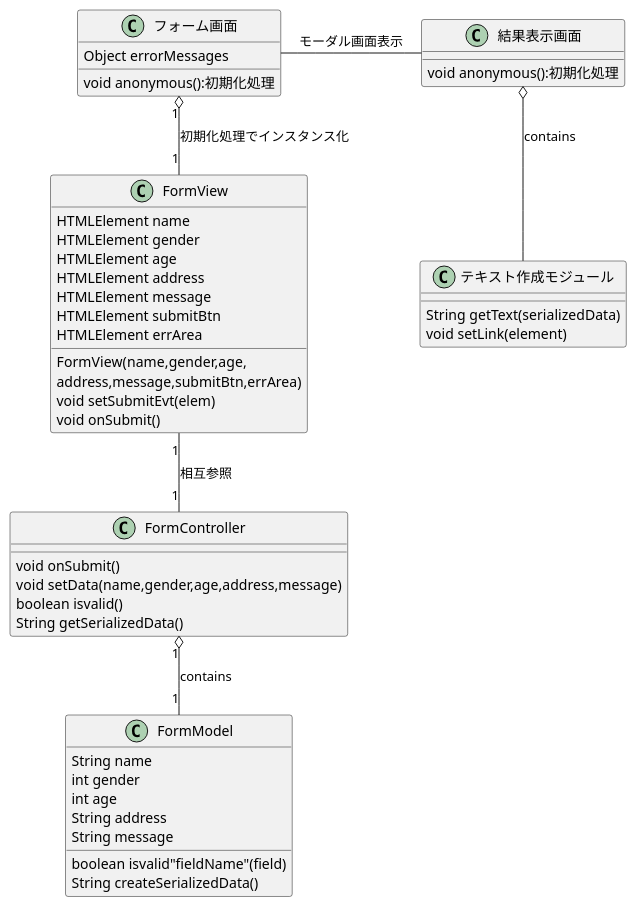
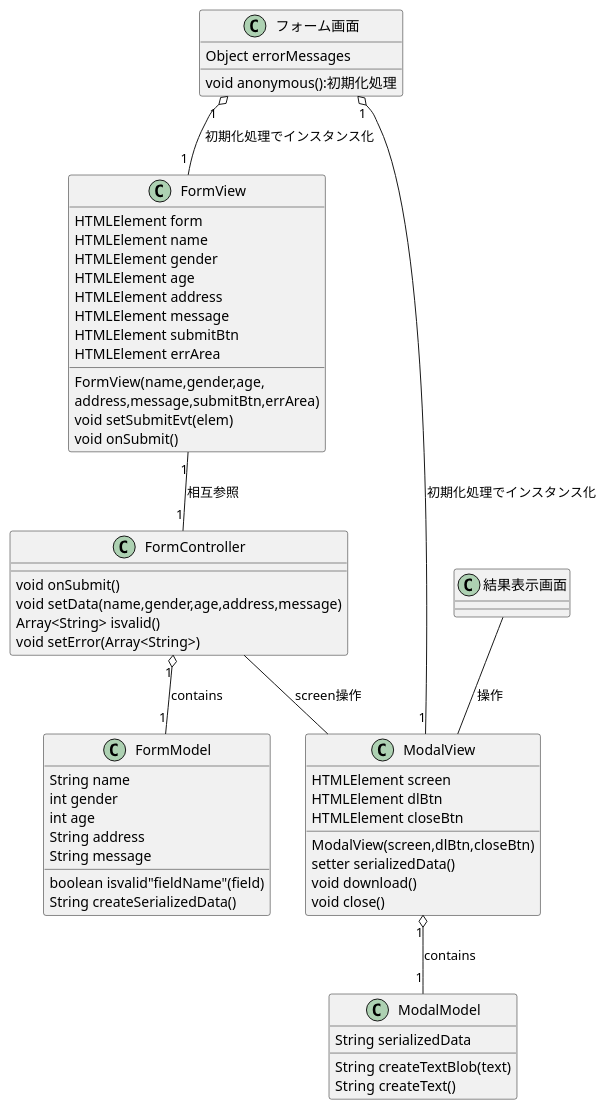
The diagram in docs/class/class.pu (dede-20191130/send-contact-form), drawn with PlantUML before and after one commit. The commit also changed 3 other files, not shown here.

```diff
--- a/docs/class/class.pu
+++ b/docs/class/class.pu
@@ -2,51 +2,65 @@
 @startuml class diagram
 class "フォーム画面" as fmSc{
     Object errorMessages
     void anonymous():初期化処理
 }
 class "FormView" as fv{
+    HTMLElement form
     HTMLElement name
     HTMLElement gender
     HTMLElement age
     HTMLElement address
     HTMLElement message
     HTMLElement submitBtn
     HTMLElement errArea
     FormView(name,gender,age,\naddress,message,submitBtn,errArea)
     void setSubmitEvt(elem)
     void onSubmit()
 }
 class "FormController" as fc{
     void onSubmit()
     void setData(name,gender,age,address,message)
-    boolean isvalid()
-    String getSerializedData()
+    Array<String> isvalid()
+    void setError(Array<String>)
 }
 class "FormModel" as fm{
     String name
     int gender
     int age
     String address
     String message
     boolean isvalid"fieldName"(field)
     String createSerializedData()
 }
 class "結果表示画面" as rsltSc{
-    void anonymous():初期化処理
 }
-class "テキスト作成モジュール" as crtTxt{
-    String getText(serializedData)
-    void setLink(element)
+class "ModalView" as mv{
+    HTMLElement screen
+    HTMLElement dlBtn
+    HTMLElement closeBtn
+    ModalView(screen,dlBtn,closeBtn)
+    setter serializedData()
+    void download()
+    void close()
+}
+class "ModalModel" as mm{
+    String serializedData
+    String createTextBlob(text)
+    String createText()
 }
 
 fmSc "1" o-- "1" fv  : 初期化処理でインスタンス化
 fv "1" -- "1" fc  : 相互参照
 fc "1" o-- "1" fm  : contains
 
-fmSc  -  rsltSc : モーダル画面表示
-rsltSc  o-- crtTxt   : contains
+' fmSc  -  rsltSc : モーダル画面表示
+rsltSc  -- mv   : 操作
+fmSc "1" o-- "1" mv  : 初期化処理でインスタンス化
+fc  -- mv   : screen操作
+mv  "1" o-- "1" mm : contains
+
 
 
 
 
 @enduml
```
